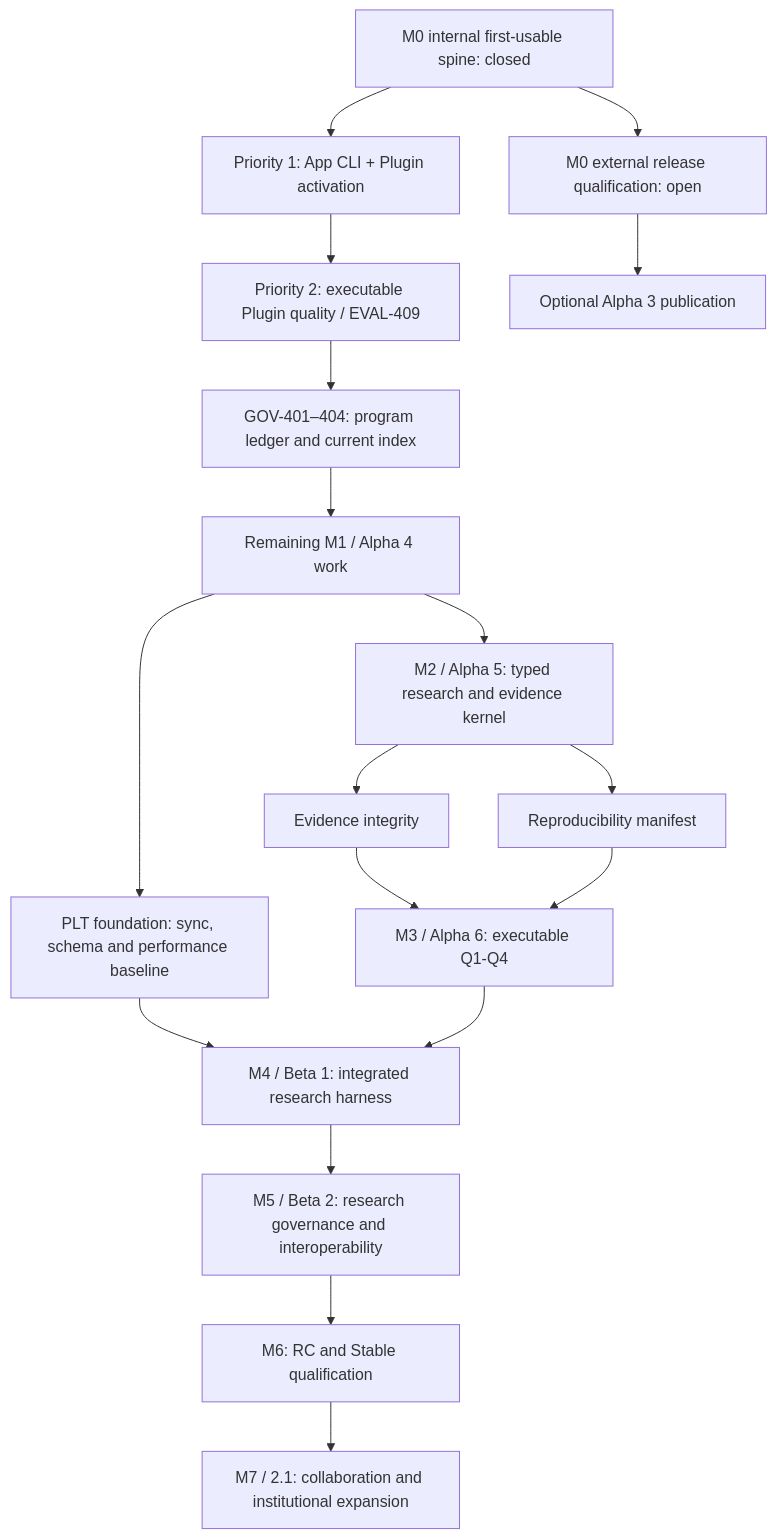
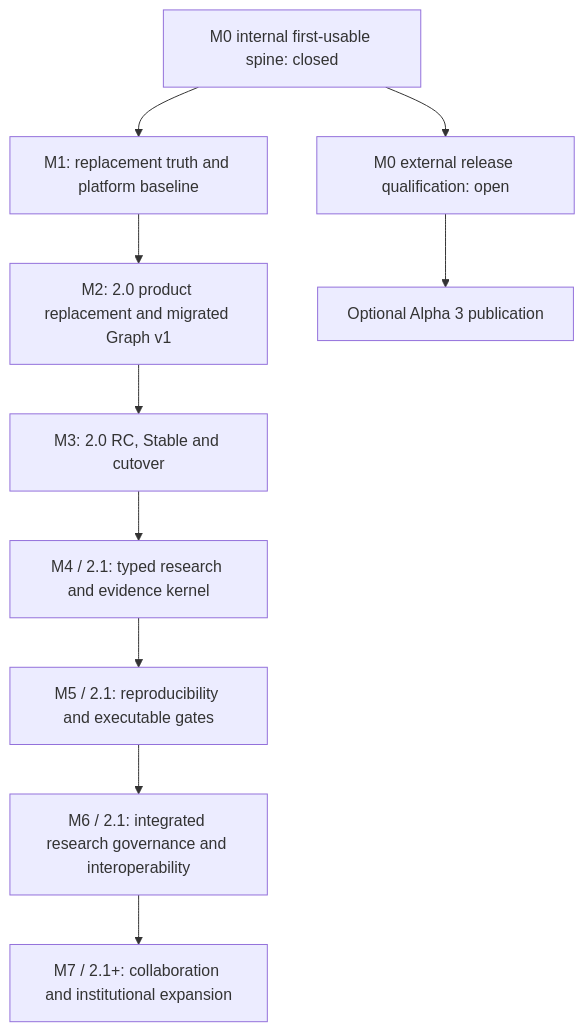
One commit to jxpeng98/qiongli changed the diagram in docs/superpowers/roadmaps/2026-08-02-qiongli-2-research-harness-master-roadmap.md. Above: the diagram before and after it, drawn with Mermaid. The commit also changed other lines of this file and 13 other files, not shown here.

Commit message:
docs(roadmap): rebaseline Qiongli 2 replacement path

````diff
--- a/docs/superpowers/roadmaps/2026-08-02-qiongli-2-research-harness-master-roadmap.md
+++ b/docs/superpowers/roadmaps/2026-08-02-qiongli-2-research-harness-master-roadmap.md
@@ -251,20 +256,12 @@
 ```mermaid
 flowchart TD
     M0I["M0 internal first-usable spine: closed"] --> M0R["M0 external release qualification: open"]
-    M0I --> ACT["Priority 1: App CLI + Plugin activation"]
-    ACT --> PQ["Priority 2: executable Plugin quality / EVAL-409"]
-    PQ --> GOV["GOV-401–404: program ledger and current index"]
-    GOV --> M1["Remaining M1 / Alpha 4 work"]
+    M0I --> M1["M1: replacement truth and platform baseline"]
+    M1 --> M2["M2: 2.0 product replacement and migrated Graph v1"]
+    M2 --> M3["M3: 2.0 RC, Stable and cutover"]
     M0R --> PUB["Optional Alpha 3 publication"]
-    M1 --> M2["M2 / Alpha 5: typed research and evidence kernel"]
-    M1 --> P1["PLT foundation: sync, schema and performance baseline"]
-    M2 --> E1["Evidence integrity"]
-    M2 --> R1["Reproducibility manifest"]
-    E1 --> M3["M3 / Alpha 6: executable Q1-Q4"]
-    R1 --> M3
-    P1 --> M4["M4 / Beta 1: integrated research harness"]
-    M3 --> M4
-    M4 --> M5["M5 / Beta 2: research governance and interoperability"]
-    M5 --> M6["M6: RC and Stable qualification"]
-    M6 --> M7["M7 / 2.1: collaboration and institutional expansion"]
+    M3 --> M4["M4 / 2.1: typed research and evidence kernel"]
+    M4 --> M5["M5 / 2.1: reproducibility and executable gates"]
+    M5 --> M6["M6 / 2.1: integrated research governance and interoperability"]
+    M6 --> M7["M7 / 2.1+: collaboration and institutional expansion"]
 ```
````
